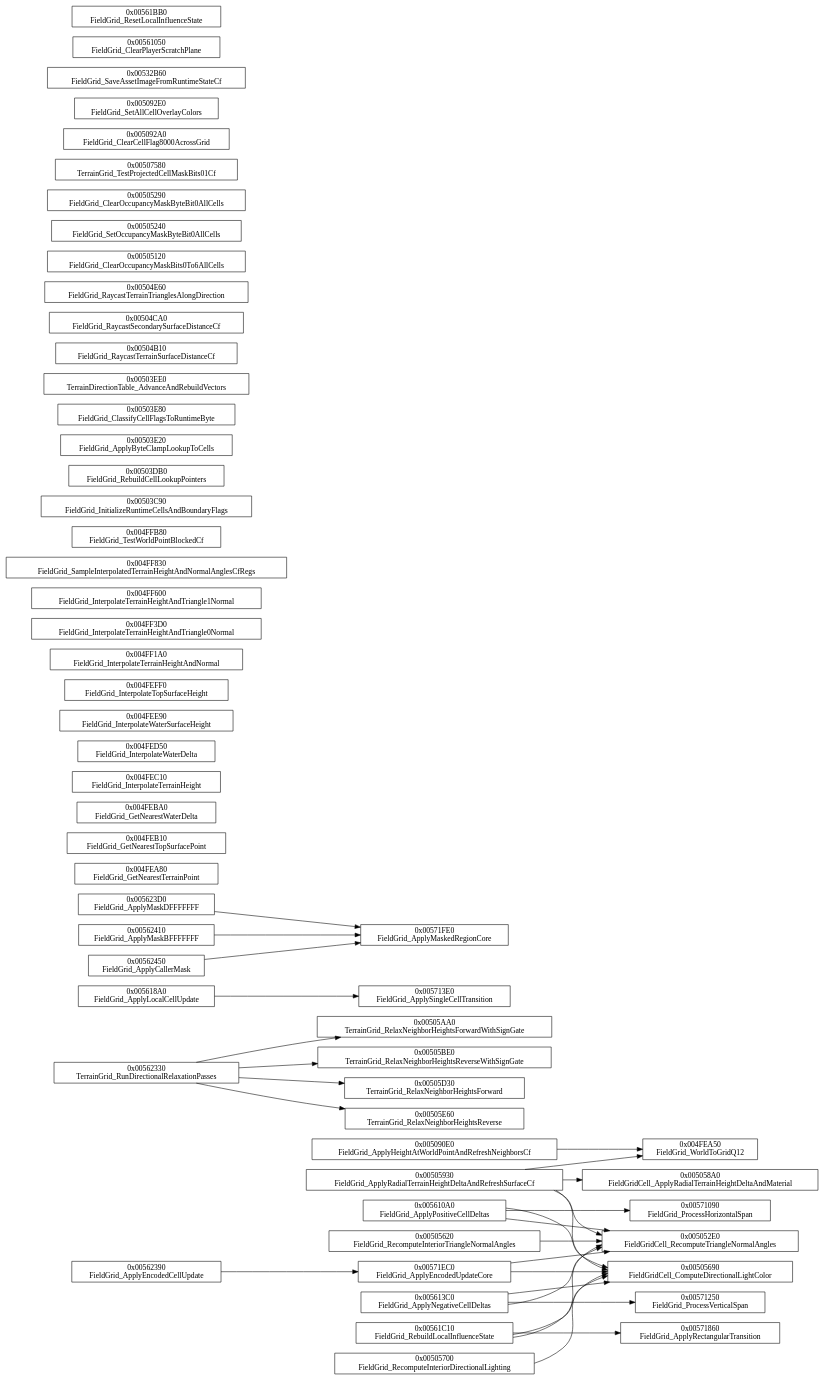
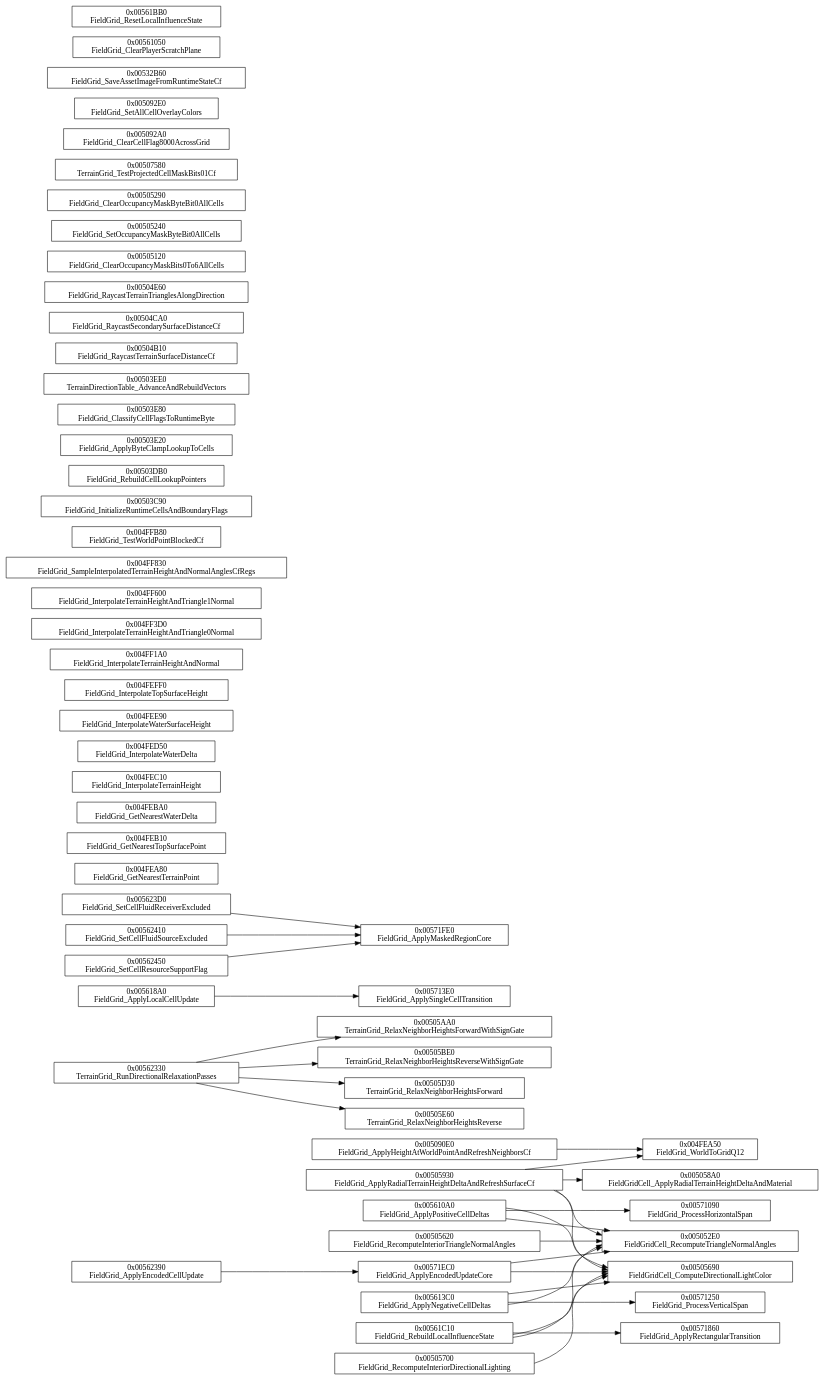
One commit to idkFoxes/open-thandor changed the diagram in docs/callgraphs/world/terrain/grid.dot. Above: the diagram before and after it, drawn with Graphviz. The commit also changed 238 other files, not shown here.

```diff
--- a/docs/callgraphs/world/terrain/grid.dot
+++ b/docs/callgraphs/world/terrain/grid.dot
@@ -1,87 +1,87 @@
 digraph thandor {
   rankdir=LR;
   node [shape=box];
   "FieldGrid_ApplyRadialTerrainHeightDeltaAndRefreshSurface" [label="0x00505930\nFieldGrid_ApplyRadialTerrainHeightDeltaAndRefreshSurfaceCf"];
   "TerrainGrid_RunDirectionalRelaxationPasses" [label="0x00562330\nTerrainGrid_RunDirectionalRelaxationPasses"];
   "FieldGrid_ApplyPositiveCellDeltas" [label="0x005610A0\nFieldGrid_ApplyPositiveCellDeltas"];
   "FieldGrid_ApplyNegativeCellDeltas" [label="0x005613C0\nFieldGrid_ApplyNegativeCellDeltas"];
   "FieldGrid_RebuildLocalInfluenceState" [label="0x00561C10\nFieldGrid_RebuildLocalInfluenceState"];
   "FieldGrid_RecomputeInteriorTriangleNormalAngles" [label="0x00505620\nFieldGrid_RecomputeInteriorTriangleNormalAngles"];
   "FieldGrid_RecomputeInteriorDirectionalLighting" [label="0x00505700\nFieldGrid_RecomputeInteriorDirectionalLighting"];
   "FieldGrid_ApplyHeightAtWorldPointAndRefreshNeighbors" [label="0x005090E0\nFieldGrid_ApplyHeightAtWorldPointAndRefreshNeighborsCf"];
   "FieldGrid_ApplyLocalCellUpdate" [label="0x005618A0\nFieldGrid_ApplyLocalCellUpdate"];
   "FieldGrid_ApplyEncodedCellUpdate" [label="0x00562390\nFieldGrid_ApplyEncodedCellUpdate"];
-  "FieldGrid_ApplyMaskDFFFFFFF" [label="0x005623D0\nFieldGrid_ApplyMaskDFFFFFFF"];
-  "FieldGrid_ApplyMaskBFFFFFFF" [label="0x00562410\nFieldGrid_ApplyMaskBFFFFFFF"];
-  "FieldGrid_ApplyCallerMask" [label="0x00562450\nFieldGrid_ApplyCallerMask"];
+  "FieldGrid_SetCellFluidReceiverExcluded" [label="0x005623D0\nFieldGrid_SetCellFluidReceiverExcluded"];
+  "FieldGrid_SetCellFluidSourceExcluded" [label="0x00562410\nFieldGrid_SetCellFluidSourceExcluded"];
+  "FieldGrid_SetCellResourceSupportFlag" [label="0x00562450\nFieldGrid_SetCellResourceSupportFlag"];
   "FieldGrid_GetNearestTerrainPoint" [label="0x004FEA80\nFieldGrid_GetNearestTerrainPoint"];
   "FieldGrid_GetNearestTopSurfacePoint" [label="0x004FEB10\nFieldGrid_GetNearestTopSurfacePoint"];
   "FieldGrid_GetNearestWaterDelta" [label="0x004FEBA0\nFieldGrid_GetNearestWaterDelta"];
   "FieldGrid_InterpolateTerrainHeight" [label="0x004FEC10\nFieldGrid_InterpolateTerrainHeight"];
   "FieldGrid_InterpolateWaterDelta" [label="0x004FED50\nFieldGrid_InterpolateWaterDelta"];
   "FieldGrid_InterpolateWaterSurfaceHeight" [label="0x004FEE90\nFieldGrid_InterpolateWaterSurfaceHeight"];
   "FieldGrid_InterpolateTopSurfaceHeight" [label="0x004FEFF0\nFieldGrid_InterpolateTopSurfaceHeight"];
   "FieldGrid_InterpolateTerrainHeightAndNormal" [label="0x004FF1A0\nFieldGrid_InterpolateTerrainHeightAndNormal"];
   "FieldGrid_InterpolateTerrainHeightAndTriangle0Normal" [label="0x004FF3D0\nFieldGrid_InterpolateTerrainHeightAndTriangle0Normal"];
   "FieldGrid_InterpolateTerrainHeightAndTriangle1Normal" [label="0x004FF600\nFieldGrid_InterpolateTerrainHeightAndTriangle1Normal"];
   "FieldGrid_SampleInterpolatedTerrainHeightAndNormalAnglesRegs" [label="0x004FF830\nFieldGrid_SampleInterpolatedTerrainHeightAndNormalAnglesCfRegs"];
   "FieldGrid_TestWorldPointBlocked" [label="0x004FFB80\nFieldGrid_TestWorldPointBlockedCf"];
   "FieldGrid_InitializeRuntimeCellsAndBoundaryFlags" [label="0x00503C90\nFieldGrid_InitializeRuntimeCellsAndBoundaryFlags"];
   "FieldGrid_RebuildCellLookupPointers" [label="0x00503DB0\nFieldGrid_RebuildCellLookupPointers"];
   "FieldGrid_ApplyByteClampLookupToCells" [label="0x00503E20\nFieldGrid_ApplyByteClampLookupToCells"];
   "FieldGrid_ClassifyCellFlagsToRuntimeByte" [label="0x00503E80\nFieldGrid_ClassifyCellFlagsToRuntimeByte"];
   "TerrainDirectionTable_AdvanceAndRebuildVectors" [label="0x00503EE0\nTerrainDirectionTable_AdvanceAndRebuildVectors"];
   "FieldGrid_RaycastTerrainSurfaceDistance" [label="0x00504B10\nFieldGrid_RaycastTerrainSurfaceDistanceCf"];
   "FieldGrid_RaycastSecondarySurfaceDistance" [label="0x00504CA0\nFieldGrid_RaycastSecondarySurfaceDistanceCf"];
   "FieldGrid_RaycastTerrainTrianglesAlongDirection" [label="0x00504E60\nFieldGrid_RaycastTerrainTrianglesAlongDirection"];
   "FieldGrid_ClearOccupancyMaskBits0To6AllCells" [label="0x00505120\nFieldGrid_ClearOccupancyMaskBits0To6AllCells"];
   "FieldGrid_SetOccupancyMaskByteBit0AllCells" [label="0x00505240\nFieldGrid_SetOccupancyMaskByteBit0AllCells"];
   "FieldGrid_ClearOccupancyMaskByteBit0AllCells" [label="0x00505290\nFieldGrid_ClearOccupancyMaskByteBit0AllCells"];
   "TerrainGrid_TestProjectedCellMaskBits01" [label="0x00507580\nTerrainGrid_TestProjectedCellMaskBits01Cf"];
   "FieldGrid_ClearCellFlag8000AcrossGrid" [label="0x005092A0\nFieldGrid_ClearCellFlag8000AcrossGrid"];
   "FieldGrid_SetAllCellOverlayColors" [label="0x005092E0\nFieldGrid_SetAllCellOverlayColors"];
   "FieldGrid_SaveAssetImageFromRuntimeState" [label="0x00532B60\nFieldGrid_SaveAssetImageFromRuntimeStateCf"];
   "FieldGrid_ClearPlayerScratchPlane" [label="0x00561050\nFieldGrid_ClearPlayerScratchPlane"];
   "FieldGrid_ResetLocalInfluenceState" [label="0x00561BB0\nFieldGrid_ResetLocalInfluenceState"];
   "FieldGrid_ApplyEncodedUpdateCore" [label="0x00571EC0\nFieldGrid_ApplyEncodedUpdateCore"];
   "FieldGridCell_ApplyRadialTerrainHeightDeltaAndMaterial" [label="0x005058A0\nFieldGridCell_ApplyRadialTerrainHeightDeltaAndMaterial"];
   "TerrainGrid_RelaxNeighborHeightsForwardWithSignGate" [label="0x00505AA0\nTerrainGrid_RelaxNeighborHeightsForwardWithSignGate"];
   "TerrainGrid_RelaxNeighborHeightsReverseWithSignGate" [label="0x00505BE0\nTerrainGrid_RelaxNeighborHeightsReverseWithSignGate"];
   "TerrainGrid_RelaxNeighborHeightsForward" [label="0x00505D30\nTerrainGrid_RelaxNeighborHeightsForward"];
   "TerrainGrid_RelaxNeighborHeightsReverse" [label="0x00505E60\nTerrainGrid_RelaxNeighborHeightsReverse"];
   "FieldGrid_ProcessHorizontalSpan" [label="0x00571090\nFieldGrid_ProcessHorizontalSpan"];
   "FieldGrid_ProcessVerticalSpan" [label="0x00571250\nFieldGrid_ProcessVerticalSpan"];
   "FieldGrid_ApplySingleCellTransition" [label="0x005713E0\nFieldGrid_ApplySingleCellTransition"];
   "FieldGrid_ApplyRectangularTransition" [label="0x00571860\nFieldGrid_ApplyRectangularTransition"];
   "FieldGrid_WorldToGridQ12" [label="0x004FEA50\nFieldGrid_WorldToGridQ12"];
   "FieldGrid_ApplyMaskedRegionCore" [label="0x00571FE0\nFieldGrid_ApplyMaskedRegionCore"];
   "FieldGridCell_RecomputeTriangleNormalAngles" [label="0x005052E0\nFieldGridCell_RecomputeTriangleNormalAngles"];
   "FieldGridCell_ComputeDirectionalLightColor" [label="0x00505690\nFieldGridCell_ComputeDirectionalLightColor"];
   "FieldGrid_ApplyRadialTerrainHeightDeltaAndRefreshSurface" -> "FieldGrid_WorldToGridQ12";
   "FieldGrid_ApplyRadialTerrainHeightDeltaAndRefreshSurface" -> "FieldGridCell_ApplyRadialTerrainHeightDeltaAndMaterial";
   "FieldGrid_ApplyRadialTerrainHeightDeltaAndRefreshSurface" -> "FieldGridCell_RecomputeTriangleNormalAngles";
   "FieldGrid_ApplyRadialTerrainHeightDeltaAndRefreshSurface" -> "FieldGridCell_ComputeDirectionalLightColor";
   "TerrainGrid_RunDirectionalRelaxationPasses" -> "TerrainGrid_RelaxNeighborHeightsForwardWithSignGate";
   "TerrainGrid_RunDirectionalRelaxationPasses" -> "TerrainGrid_RelaxNeighborHeightsReverseWithSignGate";
   "TerrainGrid_RunDirectionalRelaxationPasses" -> "TerrainGrid_RelaxNeighborHeightsForward";
   "TerrainGrid_RunDirectionalRelaxationPasses" -> "TerrainGrid_RelaxNeighborHeightsReverse";
   "FieldGrid_ApplyPositiveCellDeltas" -> "FieldGridCell_RecomputeTriangleNormalAngles";
   "FieldGrid_ApplyPositiveCellDeltas" -> "FieldGridCell_ComputeDirectionalLightColor";
   "FieldGrid_ApplyPositiveCellDeltas" -> "FieldGrid_ProcessHorizontalSpan";
   "FieldGrid_ApplyNegativeCellDeltas" -> "FieldGridCell_RecomputeTriangleNormalAngles";
   "FieldGrid_ApplyNegativeCellDeltas" -> "FieldGridCell_ComputeDirectionalLightColor";
   "FieldGrid_ApplyNegativeCellDeltas" -> "FieldGrid_ProcessVerticalSpan";
   "FieldGrid_RebuildLocalInfluenceState" -> "FieldGrid_ApplyRectangularTransition";
   "FieldGrid_RebuildLocalInfluenceState" -> "FieldGridCell_RecomputeTriangleNormalAngles";
   "FieldGrid_RebuildLocalInfluenceState" -> "FieldGridCell_ComputeDirectionalLightColor";
   "FieldGrid_RecomputeInteriorTriangleNormalAngles" -> "FieldGridCell_RecomputeTriangleNormalAngles";
   "FieldGrid_RecomputeInteriorDirectionalLighting" -> "FieldGridCell_ComputeDirectionalLightColor";
   "FieldGrid_ApplyHeightAtWorldPointAndRefreshNeighbors" -> "FieldGrid_WorldToGridQ12";
   "FieldGrid_ApplyLocalCellUpdate" -> "FieldGrid_ApplySingleCellTransition";
   "FieldGrid_ApplyEncodedCellUpdate" -> "FieldGrid_ApplyEncodedUpdateCore";
-  "FieldGrid_ApplyMaskDFFFFFFF" -> "FieldGrid_ApplyMaskedRegionCore";
-  "FieldGrid_ApplyMaskBFFFFFFF" -> "FieldGrid_ApplyMaskedRegionCore";
-  "FieldGrid_ApplyCallerMask" -> "FieldGrid_ApplyMaskedRegionCore";
+  "FieldGrid_SetCellFluidReceiverExcluded" -> "FieldGrid_ApplyMaskedRegionCore";
+  "FieldGrid_SetCellFluidSourceExcluded" -> "FieldGrid_ApplyMaskedRegionCore";
+  "FieldGrid_SetCellResourceSupportFlag" -> "FieldGrid_ApplyMaskedRegionCore";
   "FieldGrid_ApplyEncodedUpdateCore" -> "FieldGridCell_RecomputeTriangleNormalAngles";
   "FieldGrid_ApplyEncodedUpdateCore" -> "FieldGridCell_ComputeDirectionalLightColor";
 }
```
